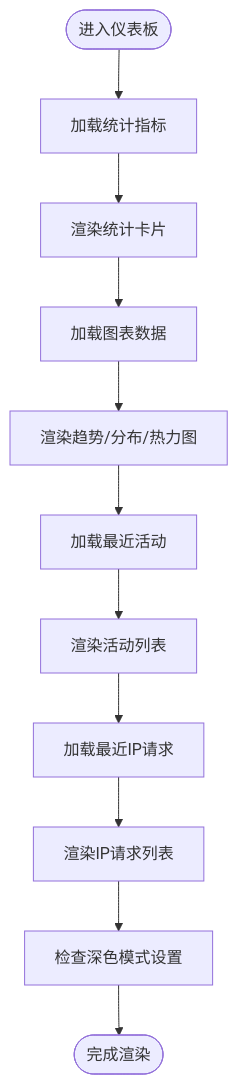
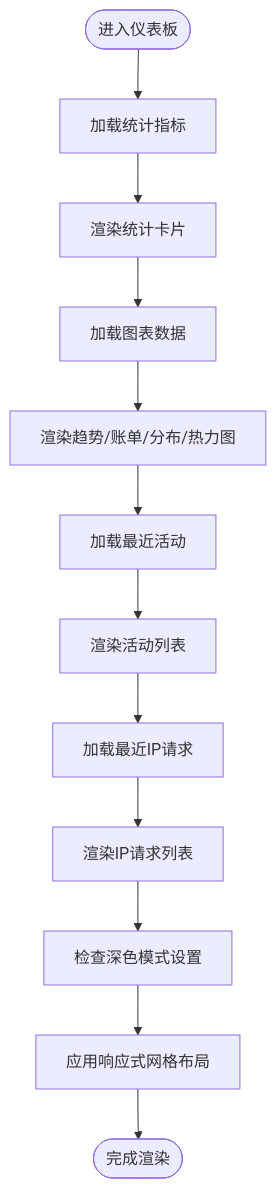
Before and after one commit to RadiumAg/AIGate: the seventh of 24 diagrams in .qoder/repowiki/zh/content/管理后台界面/管理后台界面.md, drawn with Mermaid. The commit also changed other lines of this file and 22 other files, not shown here.

First line of the commit message:
feat(dashboard): 新增账单趋势图表及四列响应式布局

````diff
--- a/.qoder/repowiki/zh/content/管理后台界面/管理后台界面.md
+++ b/.qoder/repowiki/zh/content/管理后台界面/管理后台界面.md
@@ -420,13 +434,14 @@
 ```mermaid
 flowchart TD
 Start(["进入仪表板"]) --> LoadStats["加载统计指标"]
 LoadStats --> RenderCards["渲染统计卡片"]
 RenderCards --> LoadCharts["加载图表数据"]
-LoadCharts --> RenderCharts["渲染趋势/分布/热力图"]
+LoadCharts --> RenderCharts["渲染趋势/账单/分布/热力图"]
 RenderCharts --> LoadActivities["加载最近活动"]
 LoadActivities --> RenderActivities["渲染活动列表"]
 RenderActivities --> LoadRecentIP["加载最近IP请求"]
 LoadRecentIP --> RenderRecentIP["渲染IP请求列表"]
 RenderRecentIP --> DarkModeCheck["检查深色模式设置"]
-DarkModeCheck --> End(["完成渲染"])
+DarkModeCheck --> ResponsiveLayout["应用响应式网格布局"]
+ResponsiveLayout --> End(["完成渲染"])
 ```
````
